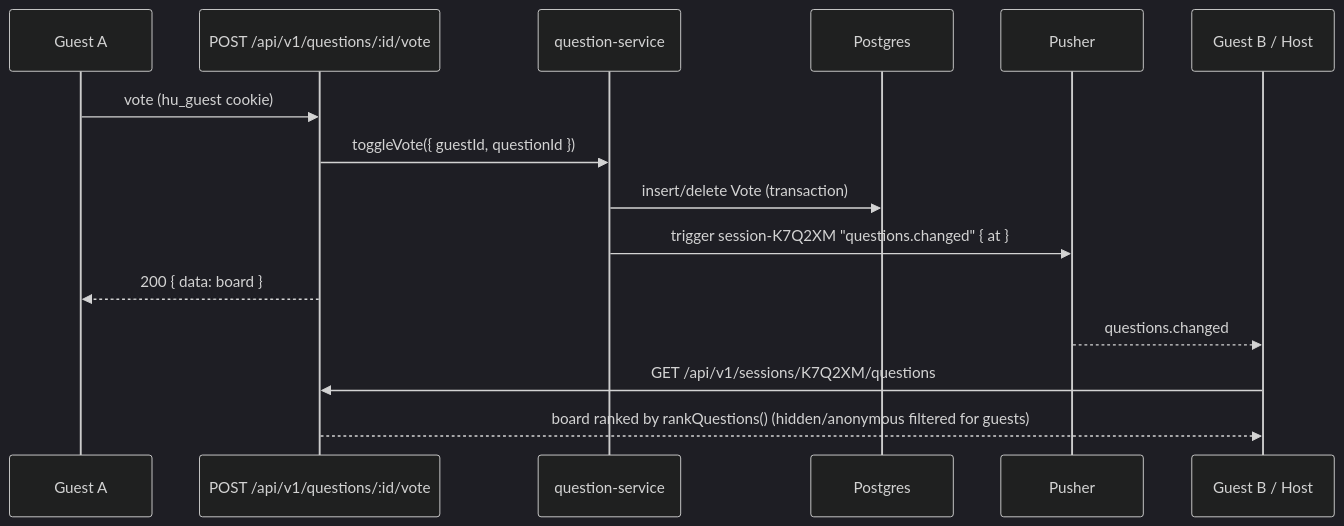
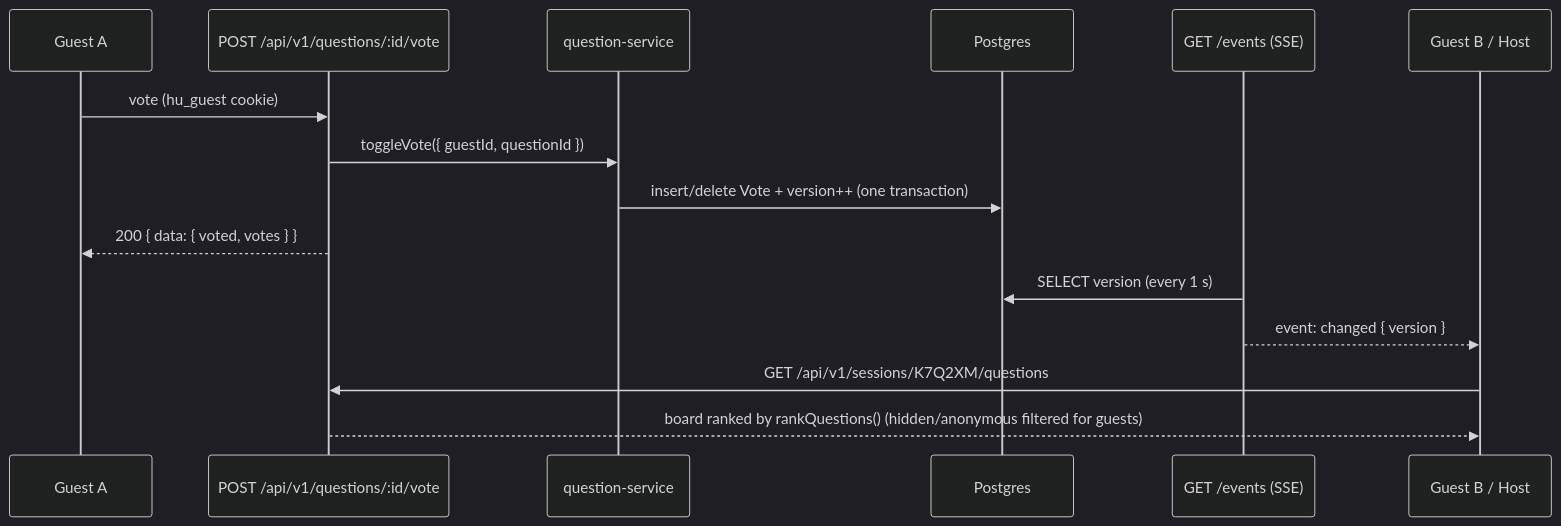
Before and after one commit to geekRoy0126/handup: the second of 3 diagrams in docs/architecture.md, drawn with Mermaid (dark theme). The commit also changed other lines of this file and 10 other files, not shown here.

````diff
--- a/docs/architecture.md
+++ b/docs/architecture.md
@@ -42,18 +43,18 @@
 ```mermaid
 sequenceDiagram
   participant G1 as Guest A
   participant API as POST /api/v1/questions/:id/vote
   participant SVC as question-service
   participant DB as Postgres
-  participant PU as Pusher
+  participant SSE as GET /events (SSE)
   participant G2 as Guest B / Host
 
   G1->>API: vote (hu_guest cookie)
   API->>SVC: toggleVote({ guestId, questionId })
-  SVC->>DB: insert/delete Vote (transaction)
-  SVC->>PU: trigger session-K7Q2XM "questions.changed" { at }
-  API-->>G1: 200 { data: board }
-  PU-->>G2: questions.changed
+  SVC->>DB: insert/delete Vote + version++ (one transaction)
+  API-->>G1: 200 { data: { voted, votes } }
+  SSE->>DB: SELECT version (every 1 s)
+  SSE-->>G2: event: changed { version }
   G2->>API: GET /api/v1/sessions/K7Q2XM/questions
   API-->>G2: board ranked by rankQuestions() (hidden/anonymous filtered for guests)
 ```
````
